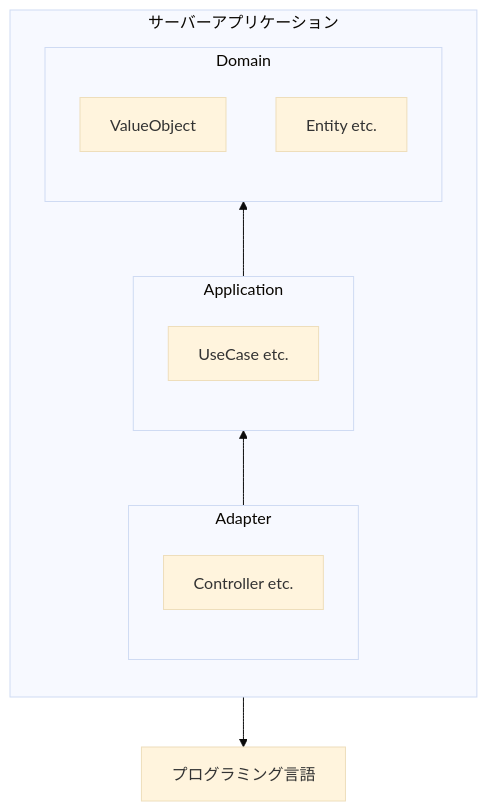
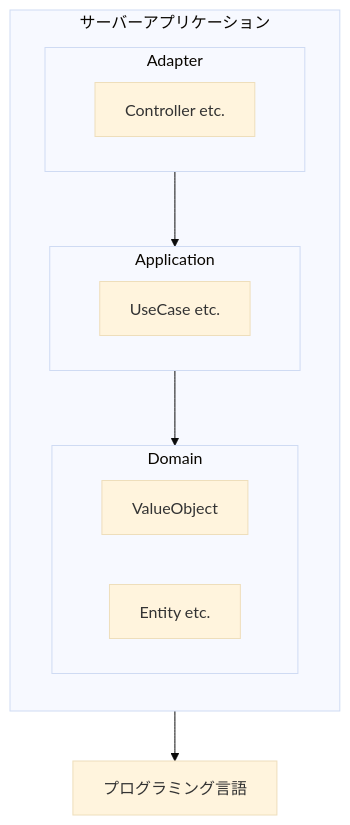
One commit to ichi-h/zenn changed the second of 3 diagrams in articles/8e26df93acdeb8.md. Above: the diagram before and after it, drawn with Mermaid (base theme). The commit also changed other lines of this file, not shown here.

````diff
--- a/articles/8e26df93acdeb8.md
+++ b/articles/8e26df93acdeb8.md
@@ -131,20 +131,20 @@
 ```mermaid
 graph TB
   subgraph ServerApplication["サーバーアプリケーション"]
-    direction BT
+    direction TB
     subgraph Domain
       ValueObject
       Entity["Entity etc."]
     end
     subgraph Application
       UseCase["UseCase etc."]
     end
     subgraph Adapter
       Controller["Controller etc."]
     end
 
     Adapter --> Application --> Domain
   end
 
   ServerApplication --> ServerLanguage["プログラミング言語"]
 ```
````
